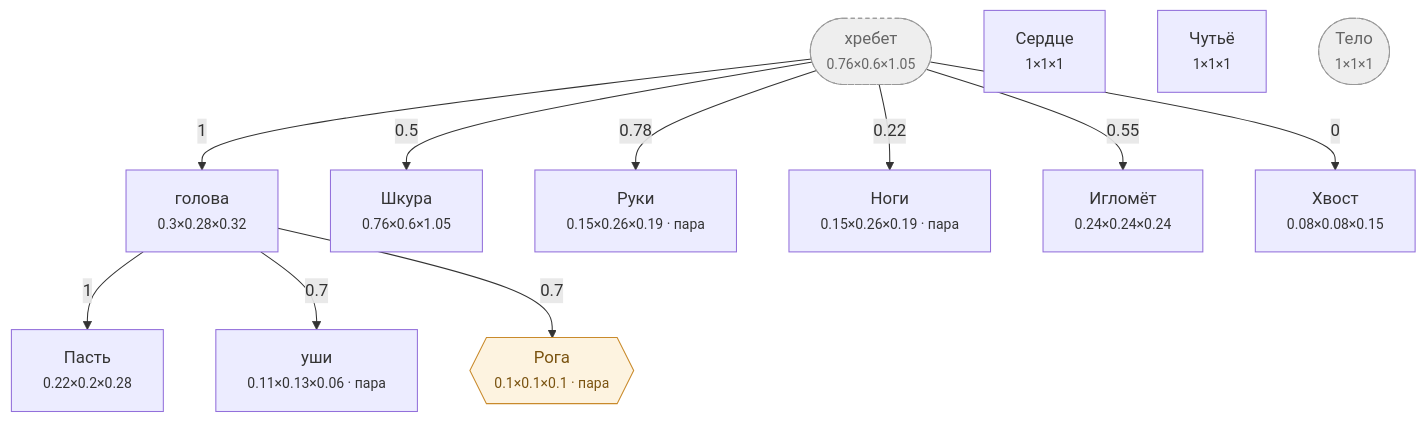
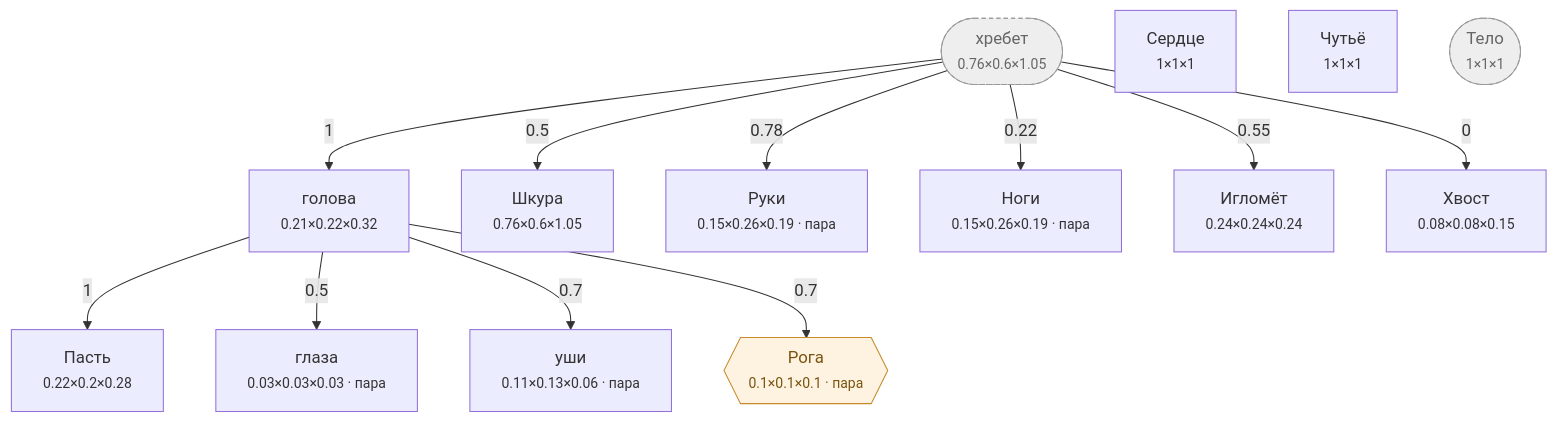
One commit to darklordshish/ChimeraEvolution-2026-06-26_15-29-59 changed the diagram in Docs/Диаграммы/Ёж.md. Above: the diagram before and after it, drawn with Mermaid. The commit also changed other lines of this file and 23 other files, not shown here.

````diff
--- a/Docs/Диаграммы/Ёж.md
+++ b/Docs/Диаграммы/Ёж.md
@@ -21,32 +22,34 @@
 ```mermaid
 flowchart TD
     n0(["хребет<br/><small>0.76×0.6×1.05</small>"])
-    n1["голова<br/><small>0.3×0.28×0.32</small>"]
+    n1["голова<br/><small>0.21×0.22×0.32</small>"]
     n2["Пасть<br/><small>0.22×0.2×0.28</small>"]
-    n3["уши<br/><small>0.11×0.13×0.06 · пара</small>"]
-    n4["Шкура<br/><small>0.76×0.6×1.05</small>"]
-    n5["Руки<br/><small>0.15×0.26×0.19 · пара</small>"]
-    n6["Ноги<br/><small>0.15×0.26×0.19 · пара</small>"]
-    n7["Игломёт<br/><small>0.24×0.24×0.24</small>"]
-    n8["Сердце<br/><small>1×1×1</small>"]
-    n9["Чутьё<br/><small>1×1×1</small>"]
-    n10(["Тело<br/><small>1×1×1</small>"])
-    n11["Хвост<br/><small>0.08×0.08×0.15</small>"]
-    n12{{"Рога<br/><small>0.1×0.1×0.1 · пара</small>"}}
+    n3["глаза<br/><small>0.03×0.03×0.03 · пара</small>"]
+    n4["уши<br/><small>0.11×0.13×0.06 · пара</small>"]
+    n5["Шкура<br/><small>0.76×0.6×1.05</small>"]
+    n6["Руки<br/><small>0.15×0.26×0.19 · пара</small>"]
+    n7["Ноги<br/><small>0.15×0.26×0.19 · пара</small>"]
+    n8["Игломёт<br/><small>0.24×0.24×0.24</small>"]
+    n9["Сердце<br/><small>1×1×1</small>"]
+    n10["Чутьё<br/><small>1×1×1</small>"]
+    n11(["Тело<br/><small>1×1×1</small>"])
+    n12["Хвост<br/><small>0.08×0.08×0.15</small>"]
+    n13{{"Рога<br/><small>0.1×0.1×0.1 · пара</small>"}}
 
     n0 -->|1| n1
     n1 -->|1| n2
-    n1 -->|0.7| n3
-    n0 -->|0.5| n4
-    n0 -->|0.78| n5
-    n0 -->|0.22| n6
-    n0 -->|0.55| n7
-    n0 -->|0| n11
-    n1 -->|0.7| n12
+    n1 -->|0.5| n3
+    n1 -->|0.7| n4
+    n0 -->|0.5| n5
+    n0 -->|0.78| n6
+    n0 -->|0.22| n7
+    n0 -->|0.55| n8
+    n0 -->|0| n12
+    n1 -->|0.7| n13
 
     classDef hid fill:#eee,stroke:#999,stroke-dasharray:4 3,color:#666
     classDef gr fill:#fdf3e0,stroke:#c98a2b,color:#7a5310
     classDef ch fill:#e8f2ff,stroke:#3b74c4,color:#1c3f70
-    class n0,n10 hid
-    class n12 gr
+    class n0,n11 hid
+    class n13 gr
 ```
````
